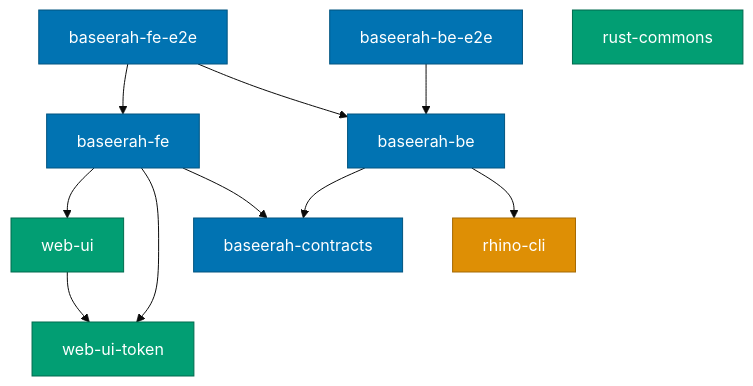
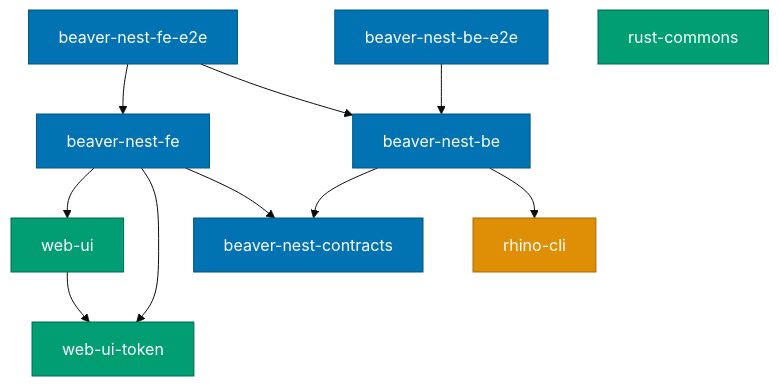
Before and after one commit to wahidyankf/baseerah: the diagram in docs/reference/project-dependency-graph.md, drawn with Mermaid (base theme). The commit also changed other lines of this file and 20 other files, not shown here.

````diff
--- a/docs/reference/project-dependency-graph.md
+++ b/docs/reference/project-dependency-graph.md
@@ -63,38 +63,38 @@
 ```mermaid
 graph TD
   %% E2E tests (top level)
-  FEE2E[baseerah-fe-e2e]
-  BEE2E[baseerah-be-e2e]
+  FEE2E[beaver-nest-fe-e2e]
+  BEE2E[beaver-nest-be-e2e]
 
   %% Apps
-  FE[baseerah-fe]
-  BE[baseerah-be]
+  FE[beaver-nest-fe]
+  BE[beaver-nest-be]
   RC[rhino-cli]
 
   %% Contracts project
-  BC[baseerah-contracts]
+  BC[beaver-nest-contracts]
 
   %% Libs
   RSC[rust-commons]
   WUI[web-ui]
   WUT[web-ui-token]
 
   %% Edges
   FEE2E --> FE
   FEE2E --> BE
   BEE2E --> BE
   FE --> WUI
   FE --> WUT
   FE --> BC
   BE --> BC
   BE --> RC
   WUI --> WUT
 
   classDef lib fill:#029E73,stroke:#016B4E,color:#FFFFFF
   classDef cli fill:#DE8F05,stroke:#A56A04,color:#FFFFFF
   classDef app fill:#0173B2,stroke:#025580,color:#FFFFFF
 
   class RSC,WUI,WUT lib
   class RC cli
   class FE,BE,BC,FEE2E,BEE2E app
 ```
````
